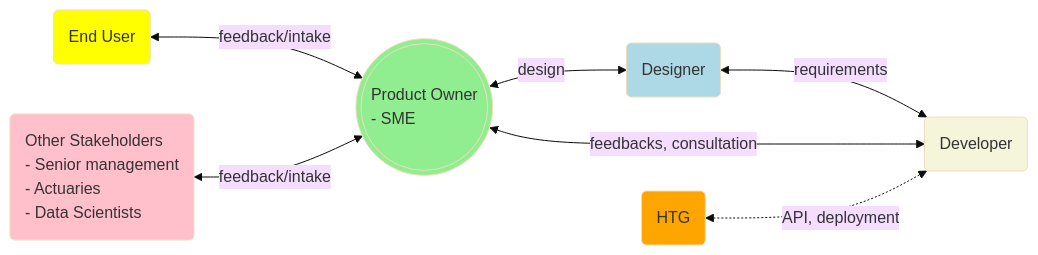
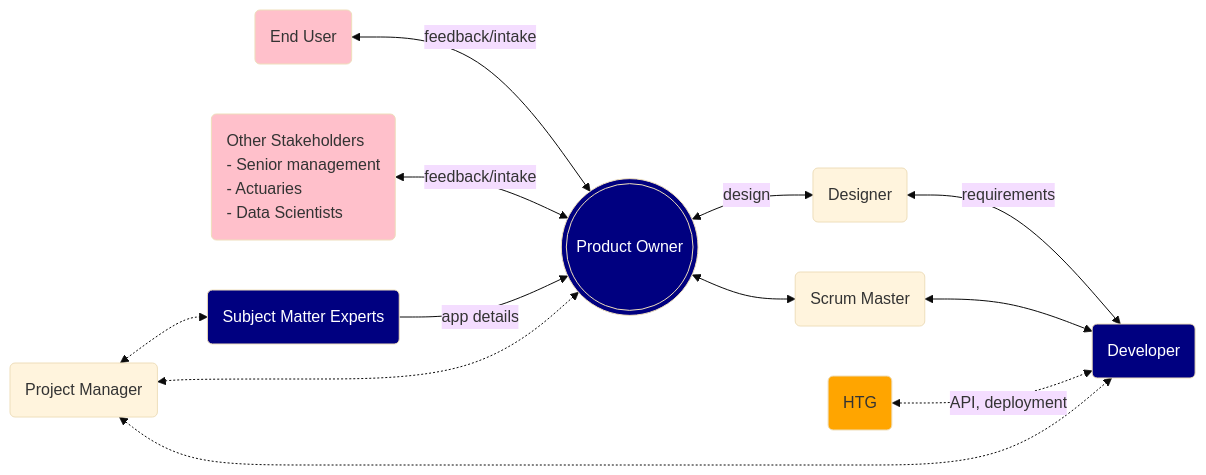
The second of 2 diagrams in client/src/assets/markdown/overview/lifecycle.md (turingcs2005/technotes), drawn with Mermaid (base theme) before and after one commit. The commit also changed other lines of this file and 2 other files, not shown here.

Commit message:
updated software development life cycle doc and flow chart by adding project manager, scrum master, etc.

````diff
--- a/client/src/assets/markdown/overview/lifecycle.md
+++ b/client/src/assets/markdown/overview/lifecycle.md
@@ -14,15 +14,19 @@
 ```mermaid 
 flowchart LR
-	EndUser(End User) <--> |feedback/intake| ProductOwner(((Product Owner<br>- SME)))
-	OtherStakeholders(Other Stakeholders<br>- Senior management<br>- Actuaries<br>- Data Scientists) <--> |feedback/intake| ProductOwner
+
+  classDef core text-align: left, fill: navy, color: white
+  classDef support text-align: left, fill: pink
+	classDef optional fill: orange
+
+	EndUser(End User):::support <--> |feedback/intake| ProductOwner(((Product Owner))):::core
+	OtherStakeholders(Other Stakeholders<br>- Senior management<br>- Actuaries<br>- Data Scientists):::support <--> |feedback/intake| ProductOwner
+	SubjectMatterExpert(Subject Matter Experts):::core --> |app details| ProductOwner
 	ProductOwner <--> |design| AnalyticsConsultant(Designer)
-	AnalyticsConsultant <--> |requirements| Developer(Developer)
-	ProductOwner <--> |feedbacks, consultation| Developer(Developer)
-	HTG(HTG) <-.-> |API, deployment| Developer
-	style EndUser text-align: left, fill: yellow
-	style ProductOwner text-align: left, fill: lightgreen
-	style AnalyticsConsultant text-align: left, fill: lightblue
-	style Developer text-align: left, fill: beige
-	style OtherStakeholders text-align: left, fill: pink
-	style HTG text-align: left, fill: orange
+	AnalyticsConsultant <--> |requirements| Developer(Developer):::core
+	ProductOwner <--> ScrumMaster(Scrum Master)
+	ScrumMaster <--> Developer
+	HTG(HTG):::optional <-.-> |API, deployment| Developer
+	ProjectManager(Project Manager) <-.-> ProductOwner
+	ProjectManager <-.-> Developer
+	ProjectManager <-.-> SubjectMatterExpert
 ```
````
